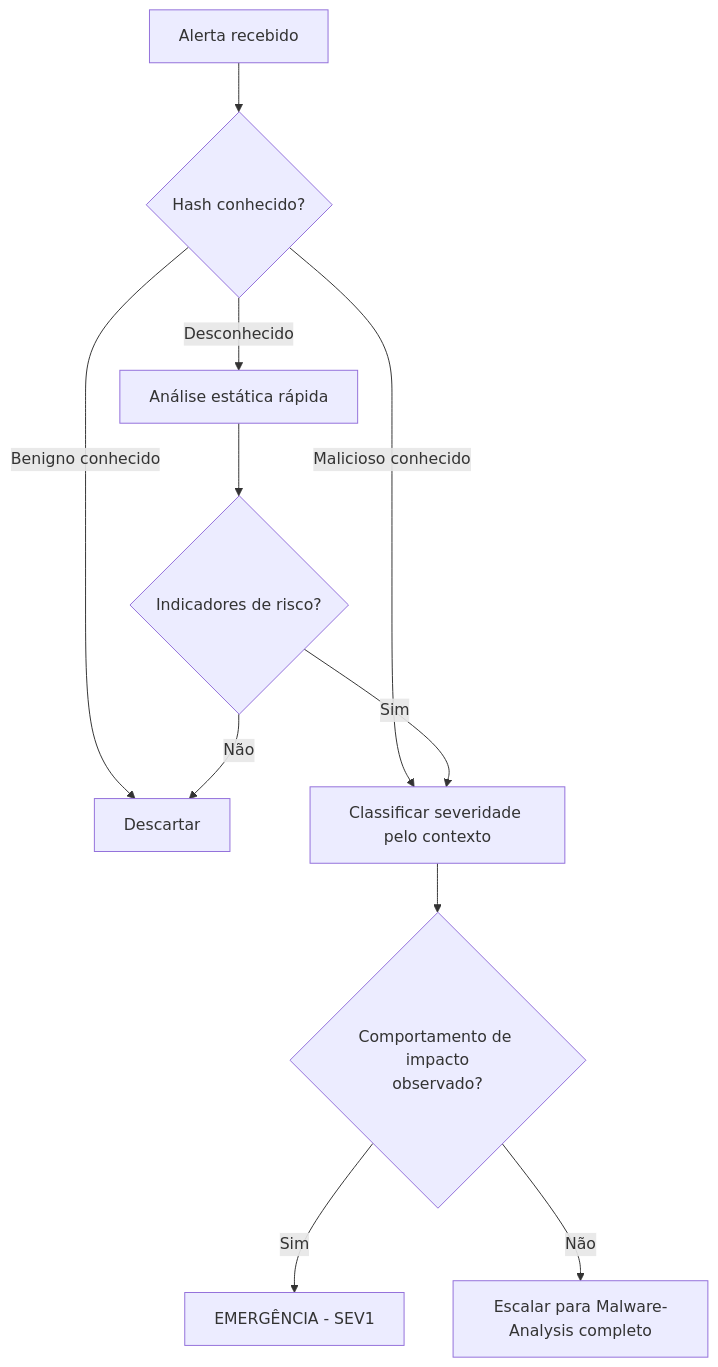
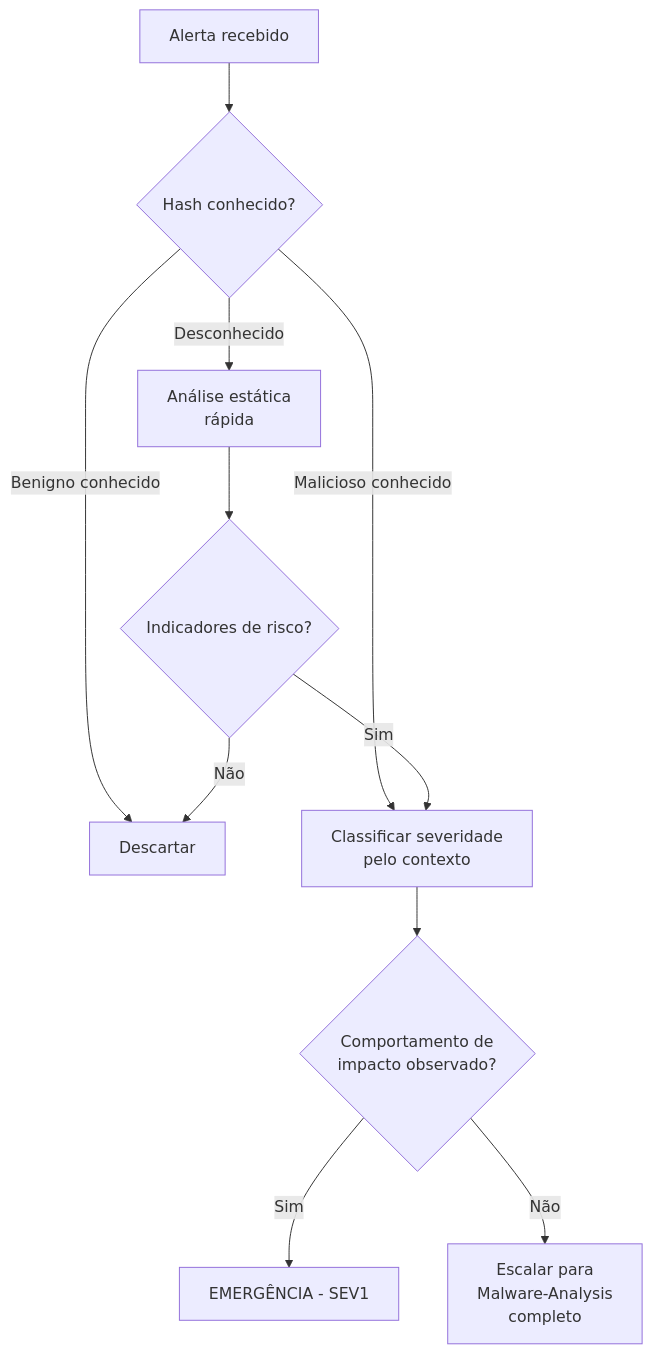
One commit to LuucasVerdun/Cyber-Attack-Analysis-Framework changed the diagram in Attack-Categories/Malware-Triage/README.md. Above: the diagram before and after it, drawn with Mermaid. The commit also changed 28 other files, not shown here.

````diff
--- a/Attack-Categories/Malware-Triage/README.md
+++ b/Attack-Categories/Malware-Triage/README.md
@@ -24,13 +24,13 @@
 ```mermaid
 flowchart TD
     A[Alerta recebido] --> B{Hash conhecido?}
     B -->|Benigno conhecido| C[Descartar]
-    B -->|Malicioso conhecido| D[Classificar severidade pelo contexto]
-    B -->|Desconhecido| E[Análise estática rápida]
+    B -->|Malicioso conhecido| D[Classificar severidade<br/>pelo contexto]
+    B -->|Desconhecido| E[Análise estática<br/>rápida]
     E --> F{Indicadores de risco?}
     F -->|Não| C
     F -->|Sim| D
-    D --> G{Comportamento de impacto<br/>observado?}
+    D --> G{Comportamento de<br/>impacto observado?}
     G -->|Sim| H[EMERGÊNCIA - SEV1]
-    G -->|Não| I[Escalar para Malware-Analysis completo]
+    G -->|Não| I[Escalar para<br/>Malware-Analysis<br/>completo]
 ```
````
